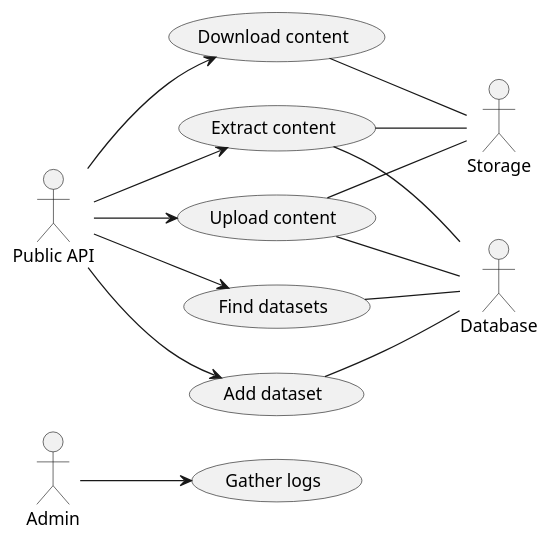
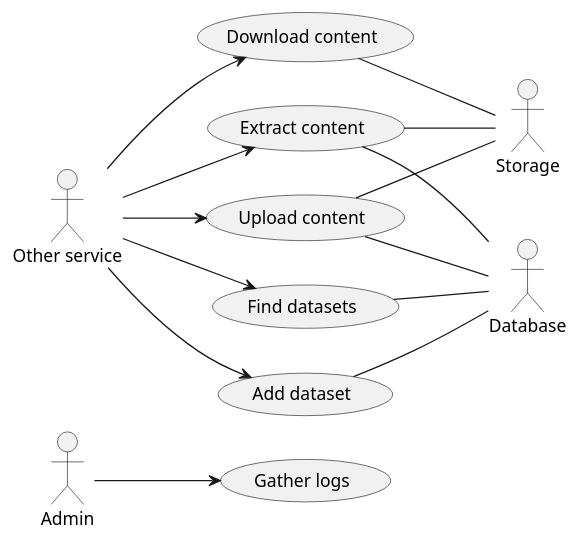
One commit to ComLaKe/core changed the diagram in report/diagrams/uc.puml. Above: the diagram before and after it, drawn with PlantUML. The commit also changed 4 other files, not shown here.

```diff
--- a/report/diagrams/uc.puml
+++ b/report/diagrams/uc.puml
@@ -1,33 +1,33 @@
 @startuml
 left to right direction
 
 :Admin:
-:Public API: as I
+:Other service: as Other
 :Storage: as DFS
 :Database: as DB
 
 (Upload content) as upload
-I --> upload
+Other --> upload
 upload -- DFS
 upload -- DB
 
 (Add dataset) as add
-I --> add
+Other --> add
 add -- DB
 
 (Find datasets) as filter
-I --> filter
+Other --> filter
 filter -- DB
 
 (Download content) as download
-I --> download
+Other --> download
 download -- DFS
 
 (Extract content) as extract
-I --> extract
+Other --> extract
 extract -- DFS
 extract -- DB
 
 (Gather logs) as feed
 Admin --> feed
 @enduml
```
